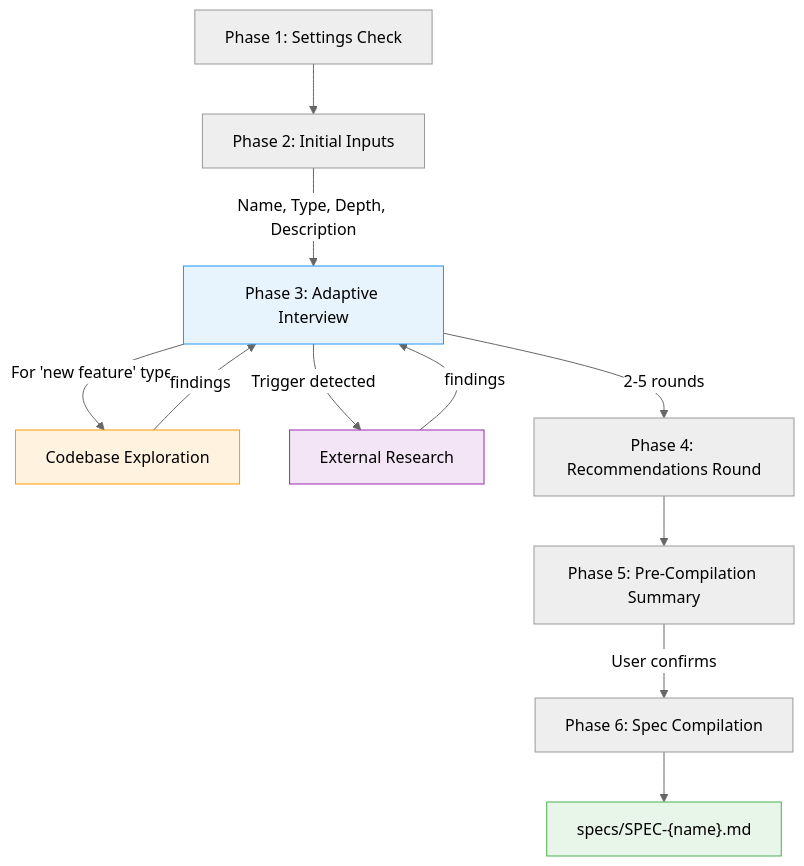
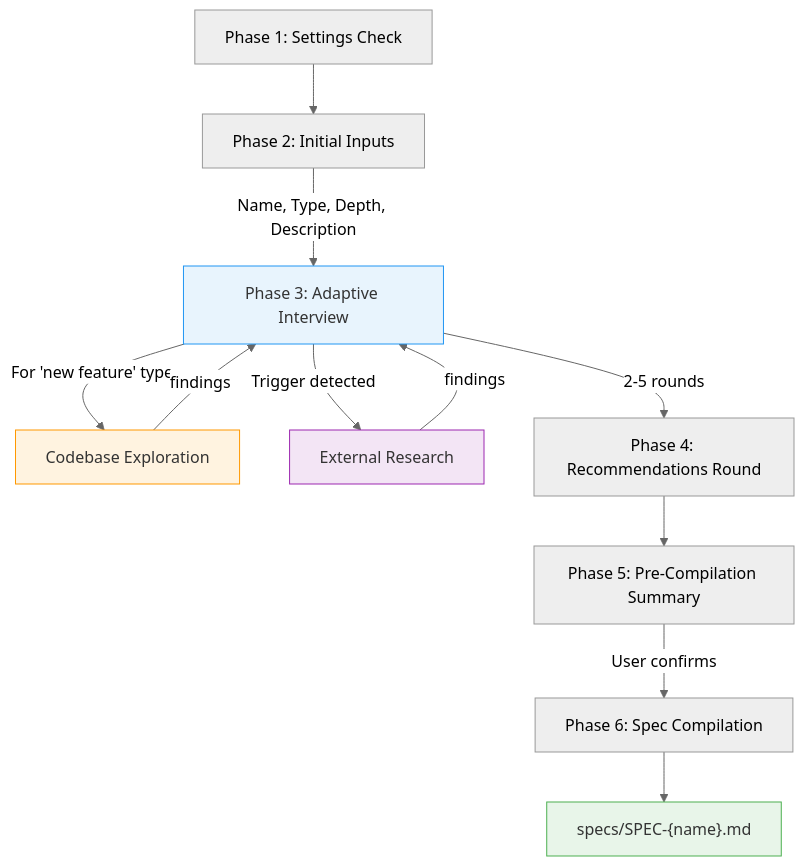
The third of 16 diagrams in internal/docs/sdd-tools-deep-dive-2026-02-21.md (sequenzia/agent-alchemy), drawn with Mermaid (neutral theme) before and after one commit. The commit also changed other lines of this file, not shown here.

First line of the commit message:
docs(analysis): add explicit text color to mermaid diagram styles for accessibility

````diff
--- a/internal/docs/sdd-tools-deep-dive-2026-02-21.md
+++ b/internal/docs/sdd-tools-deep-dive-2026-02-21.md
@@ -194,21 +194,21 @@
 ```mermaid
 flowchart TD
     P1["Phase 1: Settings Check"] --> P2["Phase 2: Initial Inputs"]
     P2 --> |"Name, Type, Depth, Description"| P3["Phase 3: Adaptive Interview"]
 
     P3 --> |"For 'new feature' type"| CE["Codebase Exploration"]
     CE --> |"findings"| P3
 
     P3 --> |"Trigger detected"| RES["External Research"]
     RES --> |"findings"| P3
 
     P3 --> |"2-5 rounds"| P4["Phase 4: Recommendations Round"]
     P4 --> P5["Phase 5: Pre-Compilation Summary"]
     P5 --> |"User confirms"| P6["Phase 6: Spec Compilation"]
     P6 --> SPEC["specs/SPEC-{name}.md"]
 
-    style P3 fill:#e8f4fd,stroke:#2196F3
-    style CE fill:#fff3e0,stroke:#FF9800
-    style RES fill:#f3e5f5,stroke:#9C27B0
-    style SPEC fill:#e8f5e9,stroke:#4CAF50
+    style P3 fill:#e8f4fd,stroke:#2196F3,color:#333
+    style CE fill:#fff3e0,stroke:#FF9800,color:#333
+    style RES fill:#f3e5f5,stroke:#9C27B0,color:#333
+    style SPEC fill:#e8f5e9,stroke:#4CAF50,color:#333
 ```
````
